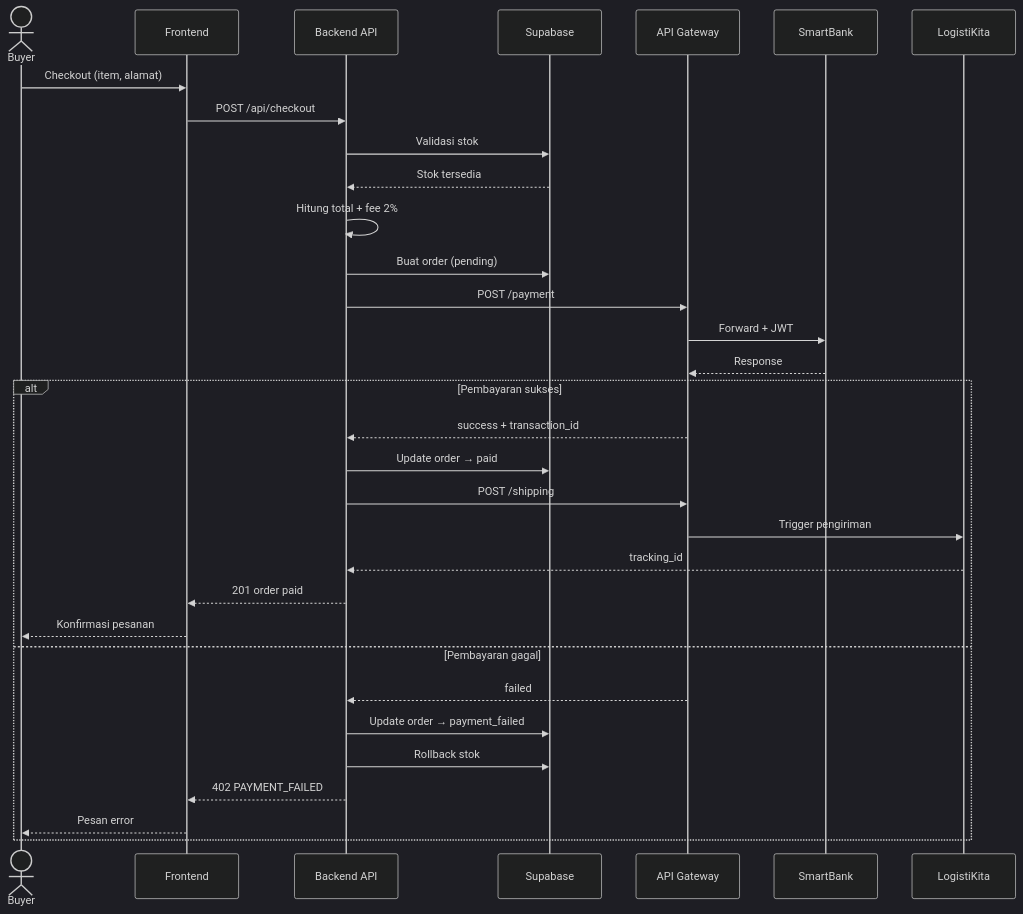
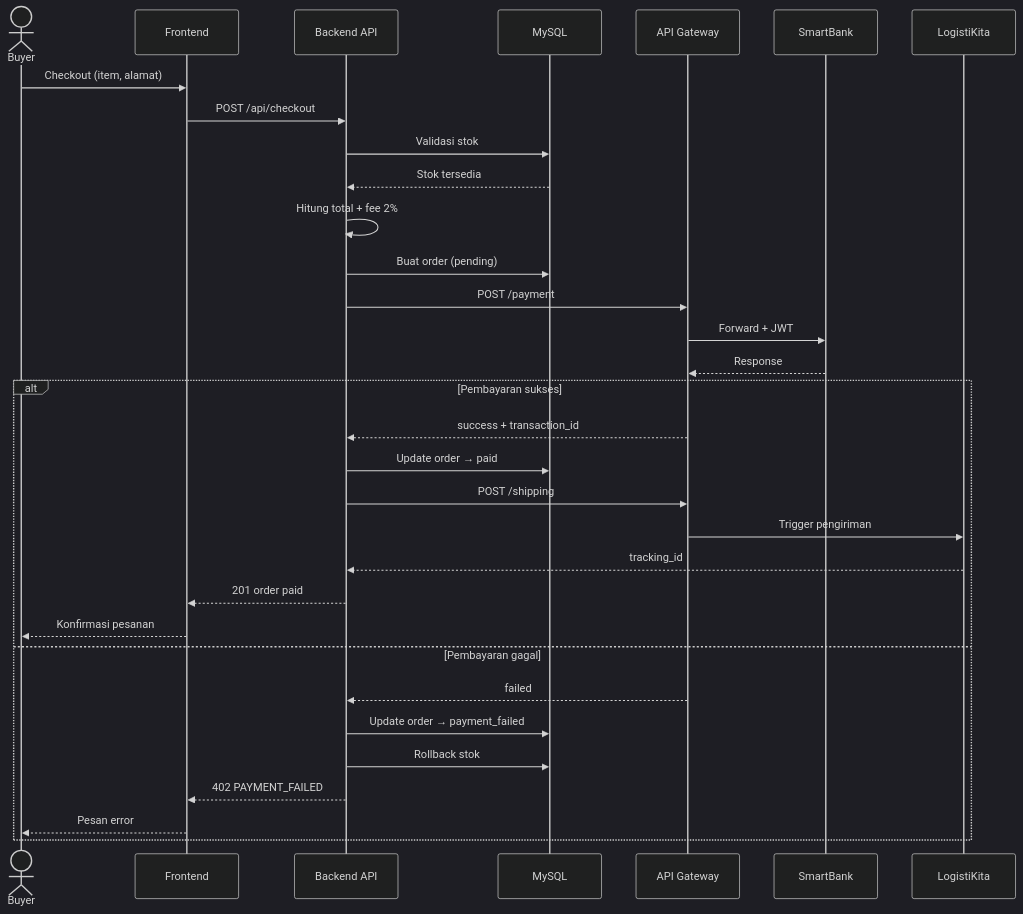
Before and after one commit to ditverse/pasarkita-monorepo: the third of 3 diagrams in README.md, drawn with Mermaid (dark theme). The commit also changed other lines of this file and 5 other files, not shown here.

````diff
--- a/README.md
+++ b/README.md
@@ -88,36 +88,36 @@
 ```mermaid
 sequenceDiagram
     actor Buyer
     participant FE as Frontend
     participant BE as Backend API
-    participant DB as Supabase
+    participant DB as MySQL
     participant GW as API Gateway
     participant SB as SmartBank
     participant LK as LogistiKita
 
     Buyer->>FE: Checkout (item, alamat)
     FE->>BE: POST /api/checkout
     BE->>DB: Validasi stok
     DB-->>BE: Stok tersedia
     BE->>BE: Hitung total + fee 2%
     BE->>DB: Buat order (pending)
     BE->>GW: POST /payment
     GW->>SB: Forward + JWT
     SB-->>GW: Response
 
     alt Pembayaran sukses
         GW-->>BE: success + transaction_id
         BE->>DB: Update order → paid
         BE->>GW: POST /shipping
         GW->>LK: Trigger pengiriman
         LK-->>BE: tracking_id
         BE-->>FE: 201 order paid
         FE-->>Buyer: Konfirmasi pesanan
     else Pembayaran gagal
         GW-->>BE: failed
         BE->>DB: Update order → payment_failed
         BE->>DB: Rollback stok
         BE-->>FE: 402 PAYMENT_FAILED
         FE-->>Buyer: Pesan error
     end
 ```
````
